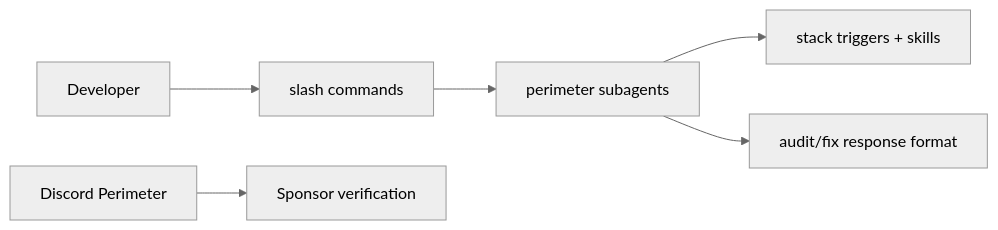
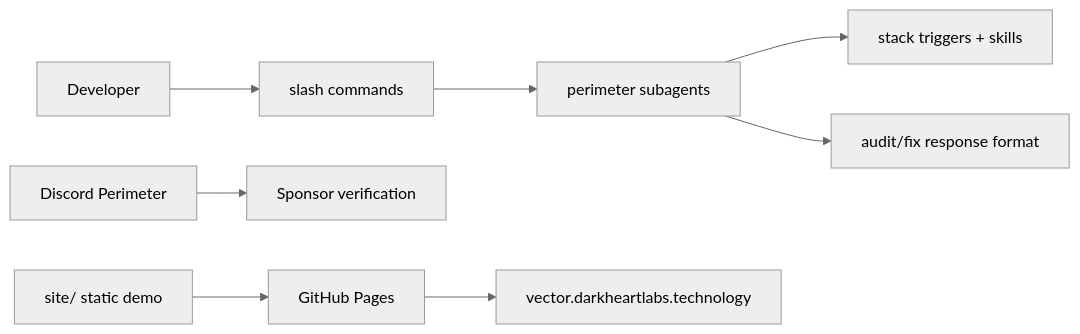
The diagram in docs/TECH_SPEC.md (jv-darkheartlabs/cursor-vector-coding-architect), drawn with Mermaid (neutral theme) before and after one commit. The commit also changed other lines of this file and 19 other files, not shown here.

````diff
--- a/docs/TECH_SPEC.md
+++ b/docs/TECH_SPEC.md
@@ -9,8 +9,10 @@
 ```mermaid
 flowchart LR
   User["Developer"] --> Commands["slash commands"]
   Commands --> Agents["perimeter subagents"]
   Agents --> Rules["stack triggers + skills"]
   Agents --> Output["audit/fix response format"]
   Discord["Discord Perimeter"] --> Verify["Sponsor verification"]
+  Site["site/ static demo"] --> Pages["GitHub Pages"]
+  Pages --> Domain["vector.darkheartlabs.technology"]
 ```
````
